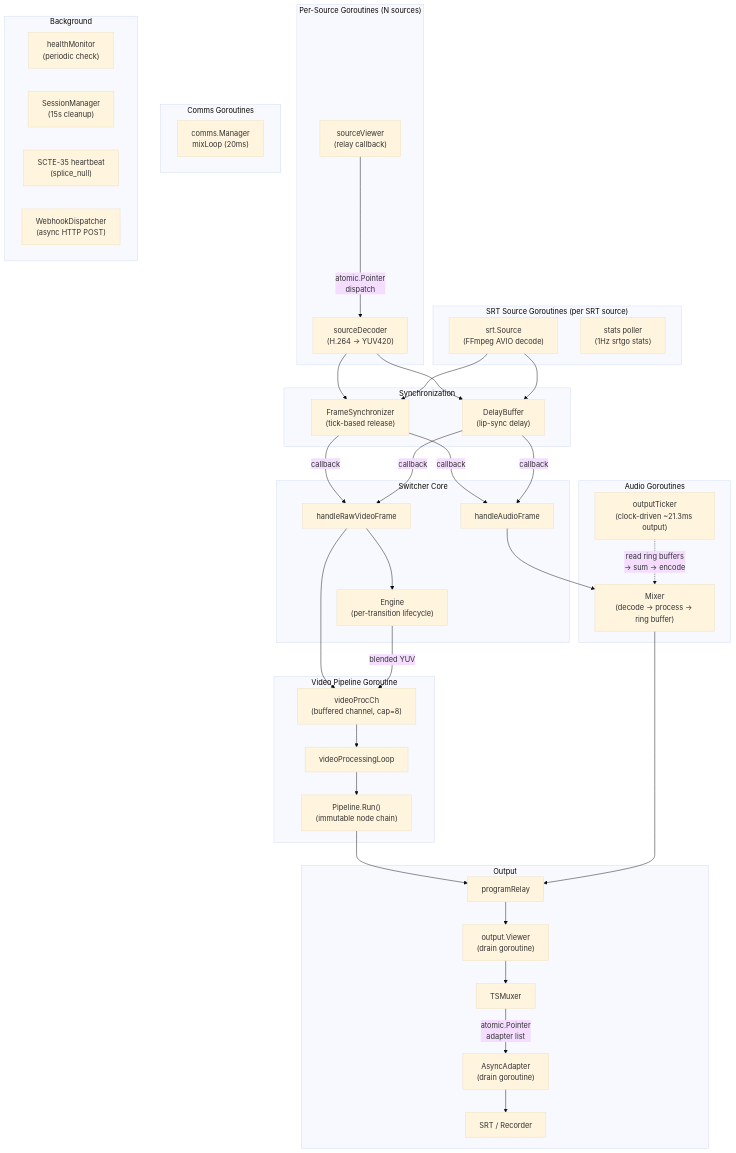
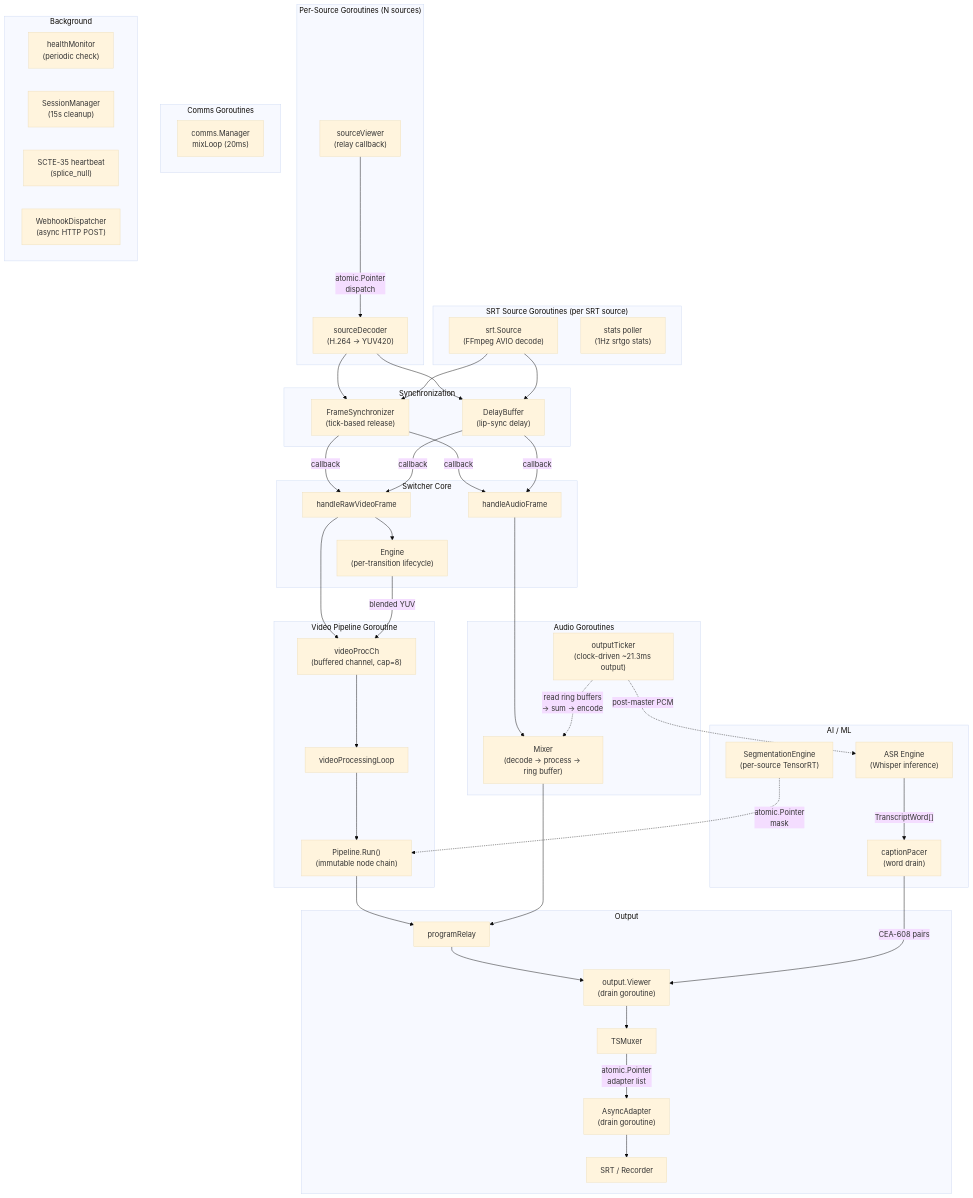
Before and after one commit to qvest-digital/dmf-mf-switchframe: the first of 7 diagrams in docs/locking-and-concurrency.md, drawn with Mermaid (base theme). The commit also changed other lines of this file and 6 other files, not shown here.

First line of the commit message:
docs: Add GPU , ASR, color grading & AI segmentation

````diff
--- a/docs/locking-and-concurrency.md
+++ b/docs/locking-and-concurrency.md
@@ -79,6 +79,12 @@
         srt["SRT / Recorder"]
     end
 
+    subgraph ai ["AI / ML"]
+        asr["ASR Engine<br/>(Whisper inference)"]
+        cp["captionPacer<br/>(word drain)"]
+        seg["SegmentationEngine<br/>(per-source TensorRT)"]
+    end
+
     subgraph bg ["Background"]
         hm["healthMonitor<br/>(periodic check)"]
         sm["SessionManager<br/>(15s cleanup)"]
@@ -107,4 +113,8 @@
     ov --> mux
     mux -->|"atomic.Pointer<br/>adapter list"| aa
     aa --> srt
+    tick -.->|"post-master PCM"| asr
+    asr -->|"TranscriptWord[]"| cp
+    cp -->|"CEA-608 pairs"| ov
+    seg -.->|"atomic.Pointer<br/>mask"| pipe
 ```
````
